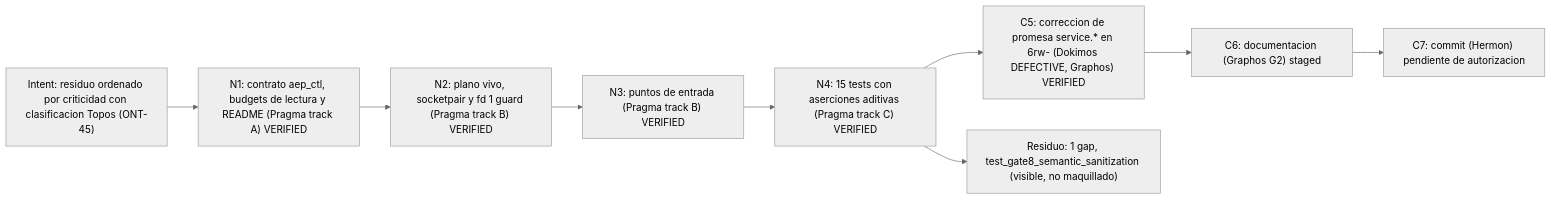
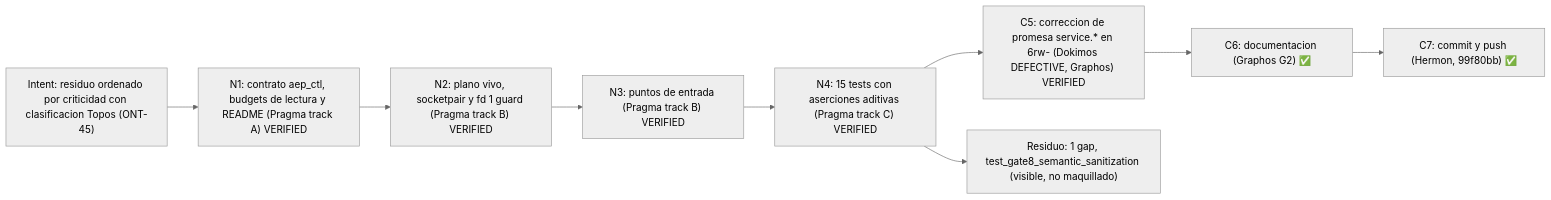
Before and after one commit to ancrz/agent-execution-plane: the eighth of 9 diagrams in docs/MILESTONES.md, drawn with Mermaid (neutral theme). The commit also changed other lines of this file and 3 other files, not shown here.

````diff
--- a/docs/MILESTONES.md
+++ b/docs/MILESTONES.md
@@ -384,11 +384,11 @@
 ```mermaid
 flowchart LR
     I12["Intent: residuo ordenado por criticidad con clasificacion Topos (ONT-45)"] --> N1["N1: contrato aep_ctl, budgets de lectura y README (Pragma track A) VERIFIED"]
     N1 --> N2["N2: plano vivo, socketpair y fd 1 guard (Pragma track B) VERIFIED"]
     N2 --> N3["N3: puntos de entrada (Pragma track B) VERIFIED"]
     N3 --> N4["N4: 15 tests con aserciones aditivas (Pragma track C) VERIFIED"]
     N4 --> C5["C5: correccion de promesa service.* en 6rw- (Dokimos DEFECTIVE, Graphos) VERIFIED"]
-    C5 --> C6["C6: documentacion (Graphos G2) staged"]
-    C6 --> C7["C7: commit (Hermon) pendiente de autorizacion"]
+    C5 --> C6["C6: documentacion (Graphos G2) ✅"]
+    C6 --> C7["C7: commit y push (Hermon, 99f80bb) ✅"]
     N4 --> R["Residuo: 1 gap, test_gate8_semantic_sanitization (visible, no maquillado)"]
 ```
````
